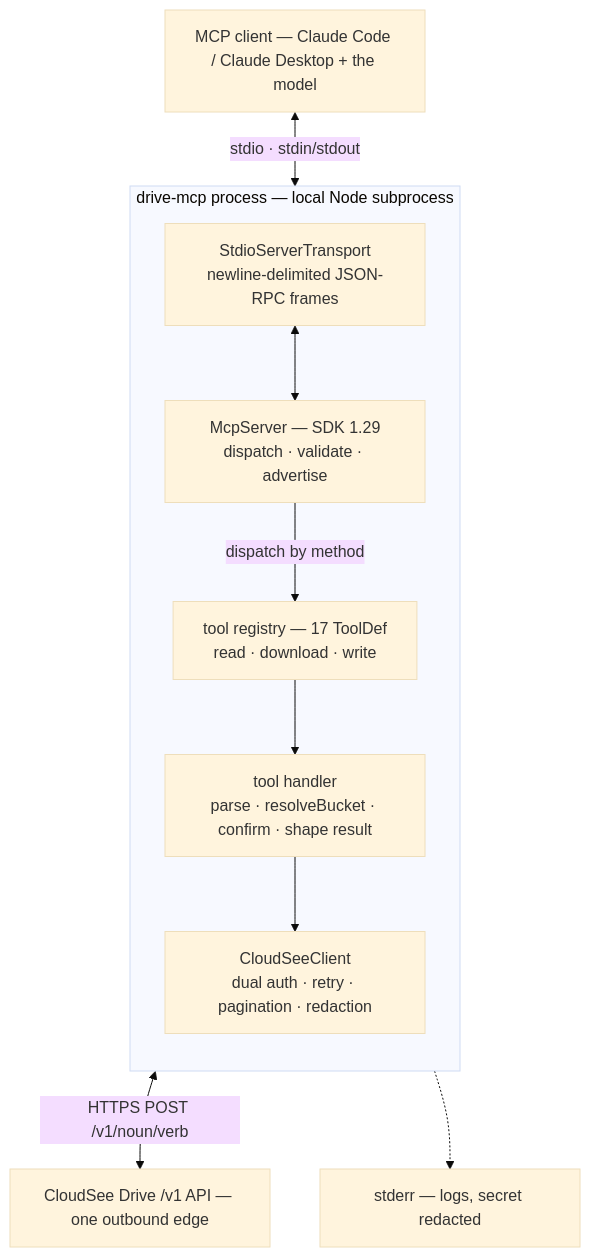
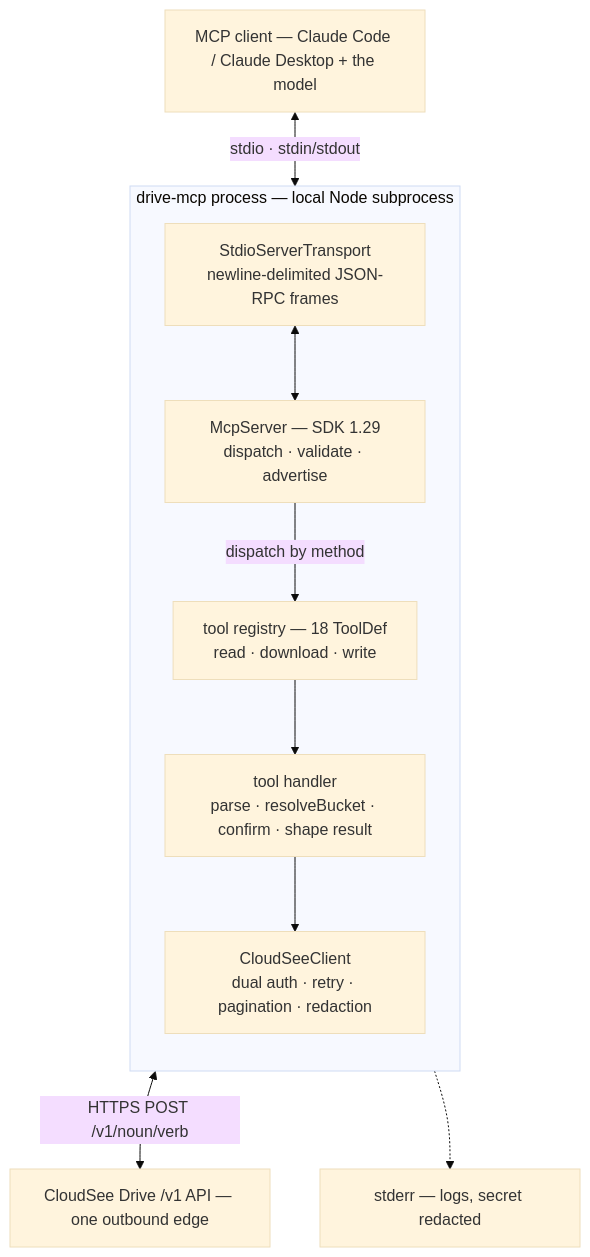
One commit to webapper-services/cloudsee-drive-mcp changed the first of 5 diagrams in docs/ARCHITECTURE.md. Above: the diagram before and after it, drawn with Mermaid (base theme). The commit also changed other lines of this file and 28 other files, not shown here.

````diff
--- a/docs/ARCHITECTURE.md
+++ b/docs/ARCHITECTURE.md
@@ -21,22 +21,22 @@
 ```mermaid
 flowchart TB
     client["MCP client — Claude Code / Claude Desktop + the model"]
     subgraph proc["drive-mcp process — local Node subprocess"]
         direction TB
         tr["StdioServerTransport<br/>newline-delimited JSON-RPC frames"]
         sdk["McpServer — SDK 1.29<br/>dispatch · validate · advertise"]
-        reg["tool registry — 17 ToolDef<br/>read · download · write"]
+        reg["tool registry — 18 ToolDef<br/>read · download · write"]
         h["tool handler<br/>parse · resolveBucket · confirm · shape result"]
         cl["CloudSeeClient<br/>dual auth · retry · pagination · redaction"]
     end
     api["CloudSee Drive /v1 API — one outbound edge"]
     err["stderr — logs, secret redacted"]
 
     client <-->|"stdio · stdin/stdout"| tr
     tr <--> sdk
     sdk -->|"dispatch by method"| reg
     reg --> h
     h --> cl
     cl <-->|"HTTPS POST /v1/noun/verb"| api
     proc -.-> err
 ```
````
